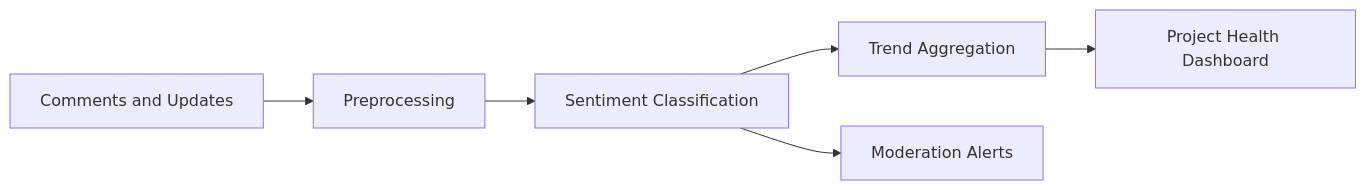
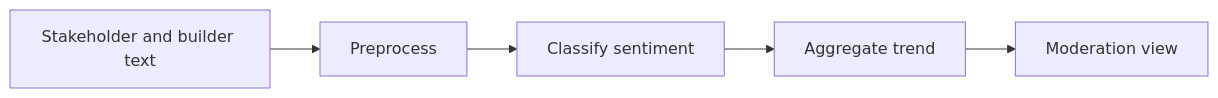
The third of 3 diagrams in docs/ai-features.md (BLKFNDRPH/blkfndrapp), drawn with Mermaid before and after one commit. The commit also changed other lines of this file and 18 other files, not shown here.

````diff
--- a/docs/ai-features.md
+++ b/docs/ai-features.md
@@ -174,8 +191,7 @@
 ```mermaid
 flowchart LR
-    C[Comments and Updates] --> P[Preprocessing]
-    P --> S[Sentiment Classification]
-    S --> T[Trend Aggregation]
-    T --> D[Project Health Dashboard]
-    S --> M[Moderation Alerts]
+    C[Stakeholder and builder text] --> P[Preprocess]
+    P --> S[Classify sentiment]
+    S --> T[Aggregate trend]
+    T --> D[Moderation view]
 ```
````
